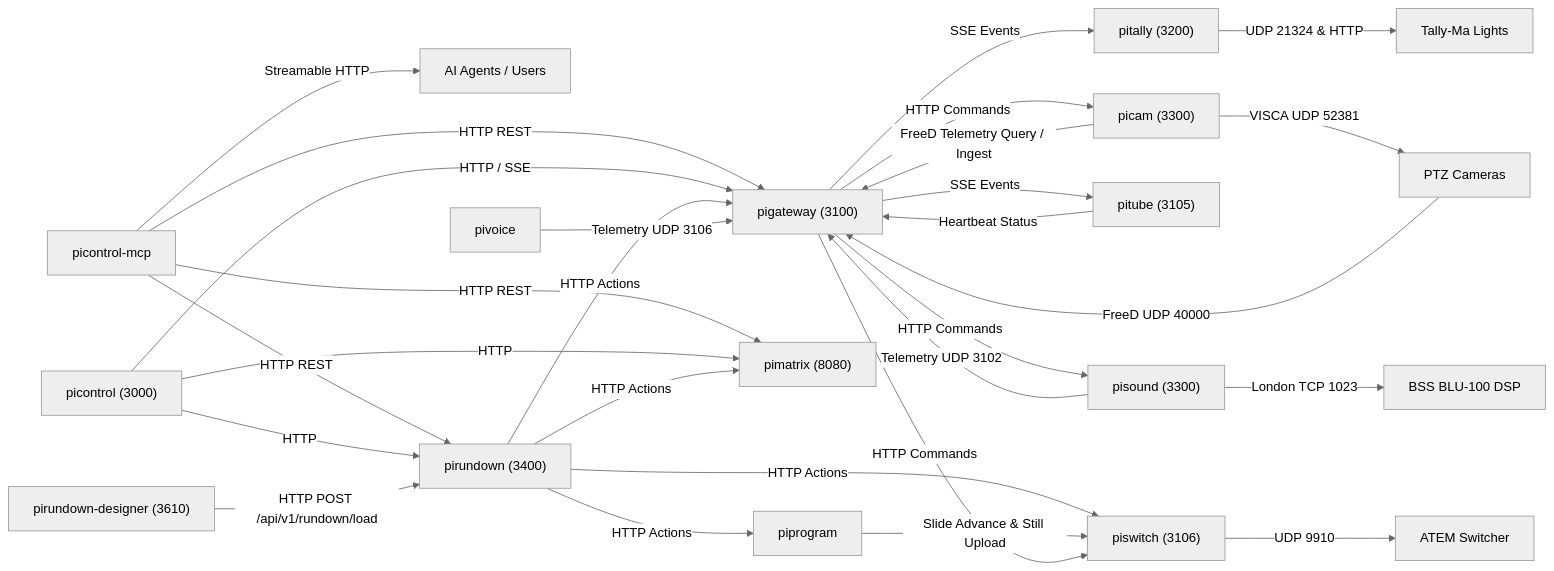
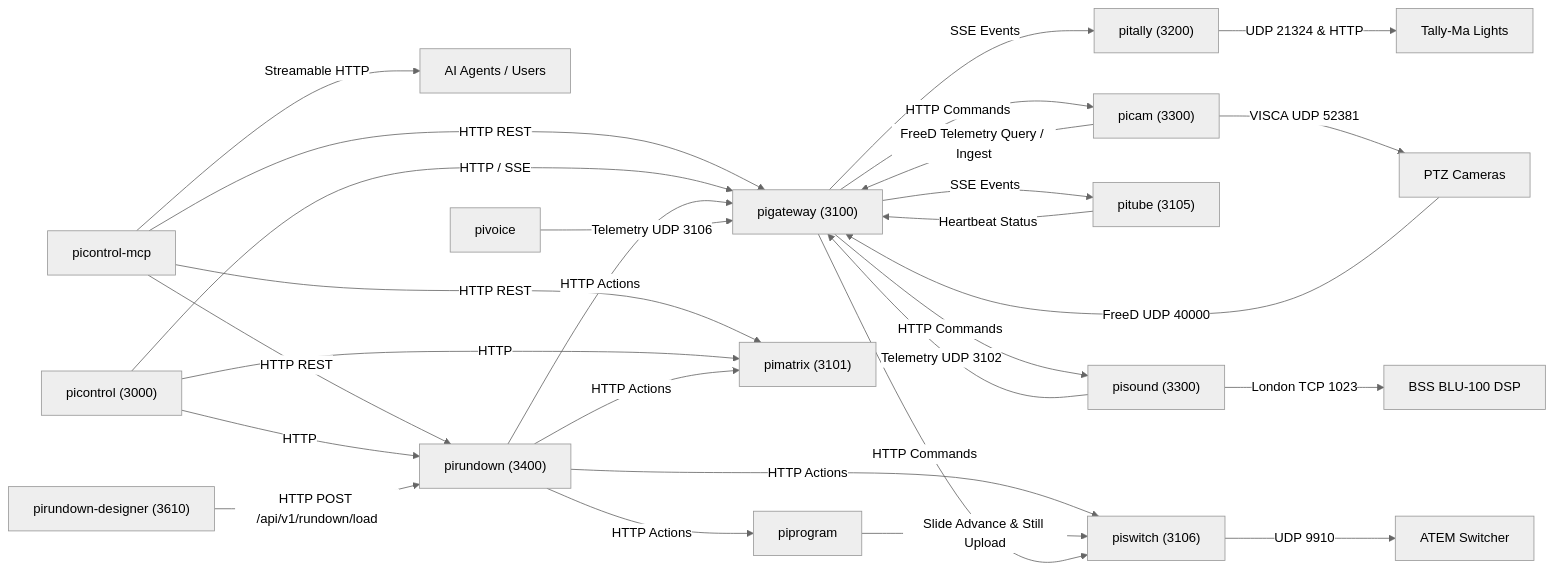
One commit to jsilvanus/piecosystem changed the diagram in docs/inter-service-matrix.md. Above: the diagram before and after it, drawn with Mermaid (neutral theme). The commit also changed other lines of this file and 3 other files, not shown here.

````diff
--- a/docs/inter-service-matrix.md
+++ b/docs/inter-service-matrix.md
@@ -57,38 +58,38 @@
 ```mermaid
 graph LR
     MCP["picontrol-mcp"] -->|Streamable HTTP| OPERATOR["AI Agents / Users"]
     MCP -->|HTTP REST| PIGATEWAY["pigateway (3100)"]
     MCP -->|HTTP REST| PIRUNDOWN["pirundown (3400)"]
-    MCP -->|HTTP REST| PIMATRIX["pimatrix (8080)"]
+    MCP -->|HTTP REST| PIMATRIX["pimatrix (3101)"]
 
     PICONTROL["picontrol (3000)"] -->|HTTP / SSE| PIGATEWAY
     PICONTROL -->|HTTP| PIRUNDOWN
     PICONTROL -->|HTTP| PIMATRIX
 
     DESIGNER["pirundown-designer (3610)"] -->|HTTP POST /api/v1/rundown/load| PIRUNDOWN
 
     PIRUNDOWN -->|HTTP Actions| PIGATEWAY
     PIRUNDOWN -->|HTTP Actions| PIMATRIX
     PIRUNDOWN -->|HTTP Actions| PISWITCH["piswitch (3106)"]
     PIRUNDOWN -->|HTTP Actions| PIPROGRAM["piprogram"]
 
     PIPROGRAM -->|Slide Advance & Still Upload| PISWITCH
 
     PIGATEWAY -->|SSE Events| PITALLY["pitally (3200)"]
     PIGATEWAY -->|SSE Events| PITUBE["pitube (3105)"]
     PIGATEWAY -->|HTTP Commands| PICAM["picam (3300)"]
     PIGATEWAY -->|HTTP Commands| PISOUND["pisound (3300)"]
     PIGATEWAY -->|HTTP Commands| PISWITCH
 
     PICAM -->|FreeD Telemetry Query / Ingest| PIGATEWAY
     CAMS["PTZ Cameras"] -->|FreeD UDP 40000| PIGATEWAY
 
     PITUBE -->|Heartbeat Status| PIGATEWAY
     PIVOICE["pivoice"] -->|Telemetry UDP 3106| PIGATEWAY
     PISOUND -->|Telemetry UDP 3102| PIGATEWAY
 
     PICAM -->|VISCA UDP 52381| CAMS["PTZ Cameras"]
     PISOUND -->|London TCP 1023| BSS["BSS BLU-100 DSP"]
     PISWITCH -->|UDP 9910| ATEM["ATEM Switcher"]
     PITALLY -->|UDP 21324 & HTTP| TALLIES["Tally-Ma Lights"]
 ```
````
